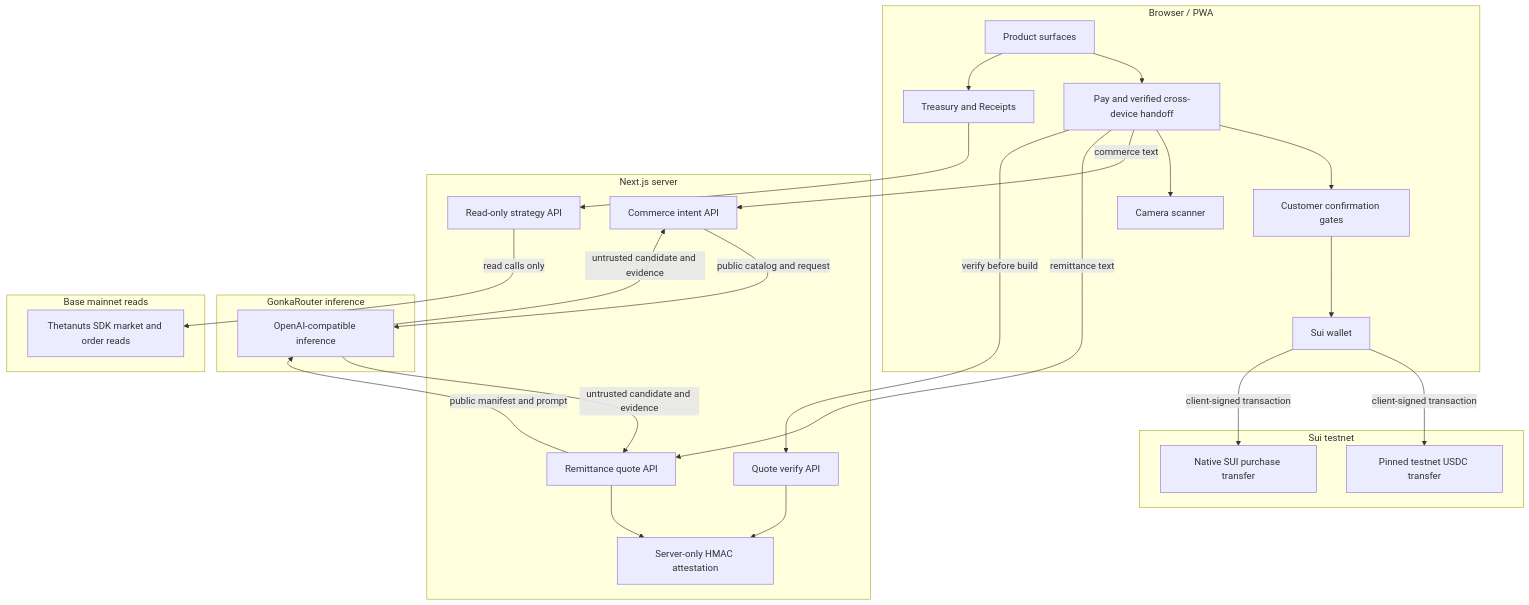
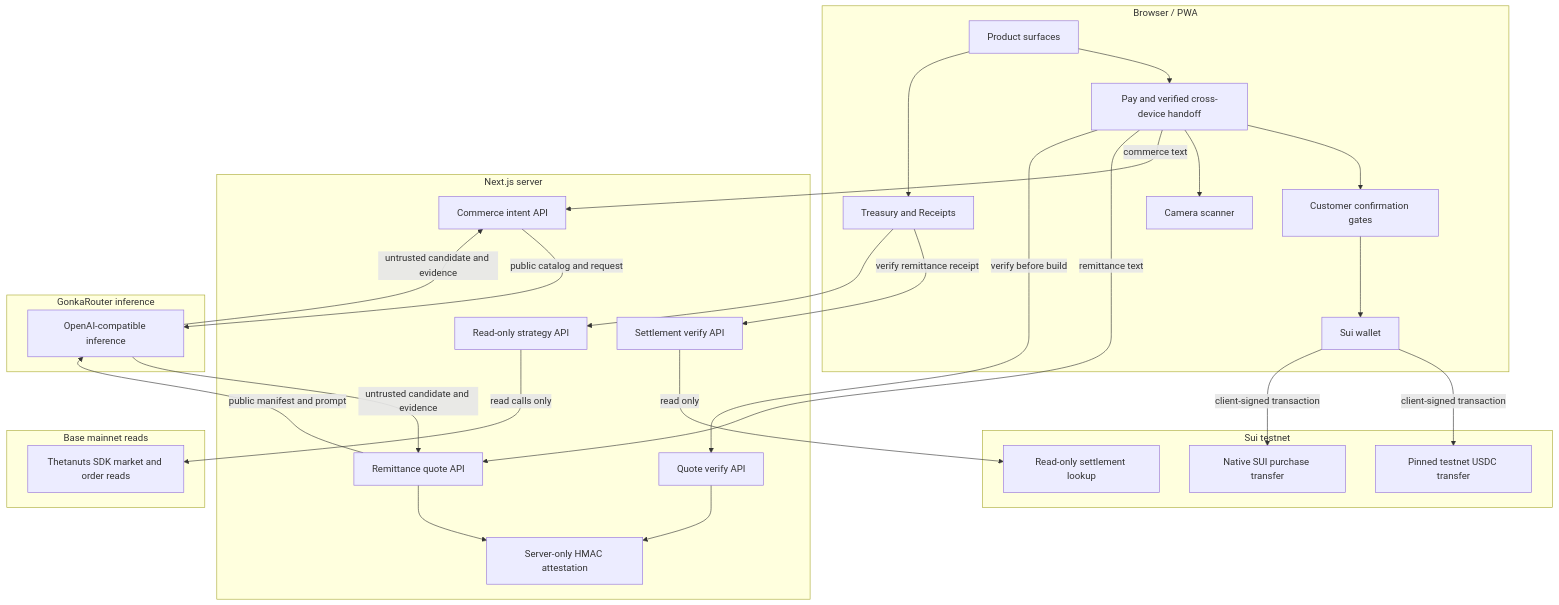
Before and after one commit to MUBA-Hack/convey-sui: the fourth of 4 diagrams in README.md, drawn with Mermaid. The commit also changed other lines of this file and 18 other files, not shown here.

Commit message:
Verify remittance settlement independently

````diff
--- a/README.md
+++ b/README.md
@@ -474,49 +485,53 @@
 ```mermaid
 flowchart TB
   subgraph Browser["Browser / PWA"]
     UI["Product surfaces"]
     Pay["Pay and verified cross-device handoff"]
     ReadOnly["Treasury and Receipts"]
     Confirm["Customer confirmation gates"]
     SuiWallet["Sui wallet"]
     Camera["Camera scanner"]
     UI --> Pay --> Confirm --> SuiWallet
     UI --> ReadOnly
     Pay --> Camera
   end
 
   subgraph NextServer["Next.js server"]
     IntentAPI["Commerce intent API"]
     QuoteAPI["Remittance quote API"]
     VerifyAPI["Quote verify API"]
+    SettlementAPI["Settlement verify API"]
     StrategyAPI["Read-only strategy API"]
     Attestation["Server-only HMAC attestation"]
     QuoteAPI --> Attestation
     VerifyAPI --> Attestation
   end
 
   subgraph GonkaNetwork["GonkaRouter inference"]
     Gonka["OpenAI-compatible inference"]
   end
 
   subgraph SuiNetwork["Sui testnet"]
     Usdc["Pinned testnet USDC transfer"]
     Sui["Native SUI purchase transfer"]
+    Lookup["Read-only settlement lookup"]
   end
 
   subgraph BaseNetwork["Base mainnet reads"]
     Thetanuts["Thetanuts SDK market and order reads"]
   end
 
   Pay -->|commerce text| IntentAPI
   Pay -->|remittance text| QuoteAPI
   Pay -->|verify before build| VerifyAPI
+  ReadOnly -->|verify remittance receipt| SettlementAPI
   IntentAPI -->|public catalog and request| Gonka
   QuoteAPI -->|public manifest and prompt| Gonka
   Gonka -->|untrusted candidate and evidence| IntentAPI
   Gonka -->|untrusted candidate and evidence| QuoteAPI
   SuiWallet -->|client-signed transaction| Usdc
   SuiWallet -->|client-signed transaction| Sui
+  SettlementAPI -->|read only| Lookup
   ReadOnly --> StrategyAPI
   StrategyAPI -->|read calls only| Thetanuts
 ```
````
